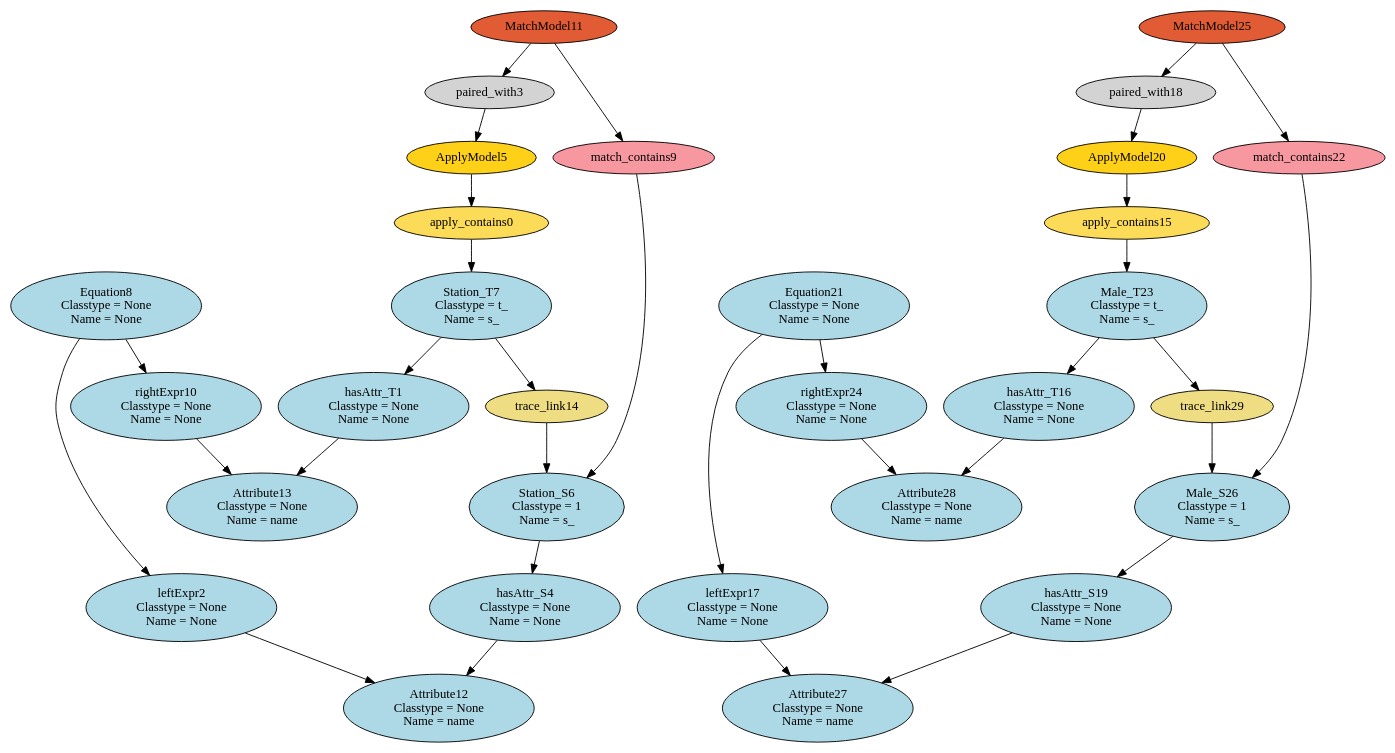
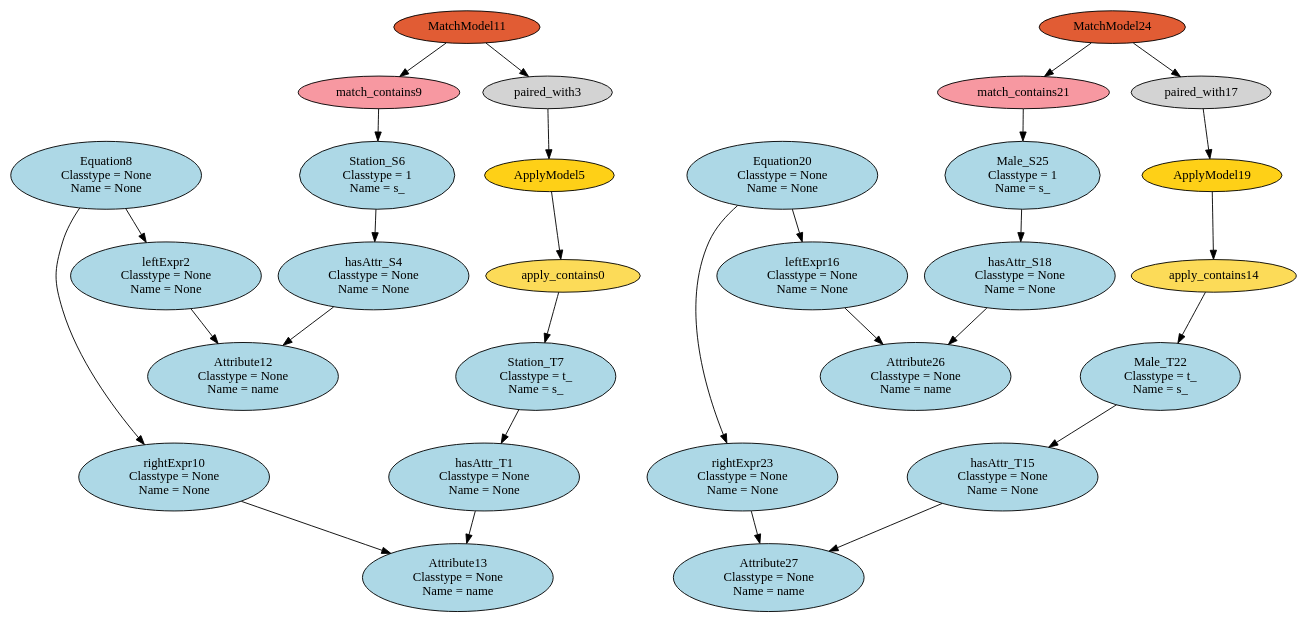
The diagram in dot/HEmptyPathCondition_HS2S_HM2M.dot (levilucio/SyVOLT), drawn with Graphviz before and after one commit. The commit also changed 146 other files, not shown here.

```diff
--- a/dot/HEmptyPathCondition_HS2S_HM2M.dot
+++ b/dot/HEmptyPathCondition_HS2S_HM2M.dot
@@ -1,64 +1,58 @@
 digraph HEmptyPathCondition_HS2S_HM2M {
 apply_contains0 [style=filled, fillcolor="#FCDB58"];
 "hasAttr_T1\n Classtype = None\n Name = None" [style=filled, fillcolor=lightblue];
 "leftExpr2\n Classtype = None\n Name = None" [style=filled, fillcolor=lightblue];
 paired_with3 [style=filled, fillcolor=lightgray];
 "hasAttr_S4\n Classtype = None\n Name = None" [style=filled, fillcolor=lightblue];
 ApplyModel5 [style=filled, fillcolor="#FED017"];
 "Station_S6\n Classtype = 1\n Name = s_" [style=filled, fillcolor=lightblue];
 "Station_T7\n Classtype = t_\n Name = s_" [style=filled, fillcolor=lightblue];
 "Equation8\n Classtype = None\n Name = None" [style=filled, fillcolor=lightblue];
 match_contains9 [style=filled, fillcolor="#F798A1"];
 "rightExpr10\n Classtype = None\n Name = None" [style=filled, fillcolor=lightblue];
 MatchModel11 [style=filled, fillcolor="#E15C34"];
 "Attribute12\n Classtype = None\n Name = name" [style=filled, fillcolor=lightblue];
 "Attribute13\n Classtype = None\n Name = name" [style=filled, fillcolor=lightblue];
-trace_link14 [style=filled, fillcolor=lightgoldenrod];
-apply_contains15 [style=filled, fillcolor="#FCDB58"];
-"hasAttr_T16\n Classtype = None\n Name = None" [style=filled, fillcolor=lightblue];
-"leftExpr17\n Classtype = None\n Name = None" [style=filled, fillcolor=lightblue];
-paired_with18 [style=filled, fillcolor=lightgray];
-"hasAttr_S19\n Classtype = None\n Name = None" [style=filled, fillcolor=lightblue];
-ApplyModel20 [style=filled, fillcolor="#FED017"];
-"Equation21\n Classtype = None\n Name = None" [style=filled, fillcolor=lightblue];
-match_contains22 [style=filled, fillcolor="#F798A1"];
-"Male_T23\n Classtype = t_\n Name = s_" [style=filled, fillcolor=lightblue];
-"rightExpr24\n Classtype = None\n Name = None" [style=filled, fillcolor=lightblue];
-MatchModel25 [style=filled, fillcolor="#E15C34"];
-"Male_S26\n Classtype = 1\n Name = s_" [style=filled, fillcolor=lightblue];
+apply_contains14 [style=filled, fillcolor="#FCDB58"];
+"hasAttr_T15\n Classtype = None\n Name = None" [style=filled, fillcolor=lightblue];
+"leftExpr16\n Classtype = None\n Name = None" [style=filled, fillcolor=lightblue];
+paired_with17 [style=filled, fillcolor=lightgray];
+"hasAttr_S18\n Classtype = None\n Name = None" [style=filled, fillcolor=lightblue];
+ApplyModel19 [style=filled, fillcolor="#FED017"];
+"Equation20\n Classtype = None\n Name = None" [style=filled, fillcolor=lightblue];
+match_contains21 [style=filled, fillcolor="#F798A1"];
+"Male_T22\n Classtype = t_\n Name = s_" [style=filled, fillcolor=lightblue];
+"rightExpr23\n Classtype = None\n Name = None" [style=filled, fillcolor=lightblue];
+MatchModel24 [style=filled, fillcolor="#E15C34"];
+"Male_S25\n Classtype = 1\n Name = s_" [style=filled, fillcolor=lightblue];
+"Attribute26\n Classtype = None\n Name = name" [style=filled, fillcolor=lightblue];
 "Attribute27\n Classtype = None\n Name = name" [style=filled, fillcolor=lightblue];
-"Attribute28\n Classtype = None\n Name = name" [style=filled, fillcolor=lightblue];
-trace_link29 [style=filled, fillcolor=lightgoldenrod];
 ApplyModel5 -> apply_contains0;
 apply_contains0 -> "Station_T7\n Classtype = t_\n Name = s_";
 "Station_T7\n Classtype = t_\n Name = s_" -> "hasAttr_T1\n Classtype = None\n Name = None";
 "hasAttr_T1\n Classtype = None\n Name = None" -> "Attribute13\n Classtype = None\n Name = name";
 "Equation8\n Classtype = None\n Name = None" -> "leftExpr2\n Classtype = None\n Name = None";
 "leftExpr2\n Classtype = None\n Name = None" -> "Attribute12\n Classtype = None\n Name = name";
 MatchModel11 -> paired_with3;
 paired_with3 -> ApplyModel5;
 "Station_S6\n Classtype = 1\n Name = s_" -> "hasAttr_S4\n Classtype = None\n Name = None";
 "hasAttr_S4\n Classtype = None\n Name = None" -> "Attribute12\n Classtype = None\n Name = name";
 match_contains9 -> "Station_S6\n Classtype = 1\n Name = s_";
 "Equation8\n Classtype = None\n Name = None" -> "rightExpr10\n Classtype = None\n Name = None";
 MatchModel11 -> match_contains9;
 "rightExpr10\n Classtype = None\n Name = None" -> "Attribute13\n Classtype = None\n Name = name";
-trace_link14 -> "Station_S6\n Classtype = 1\n Name = s_";
-"Station_T7\n Classtype = t_\n Name = s_" -> trace_link14;
-ApplyModel20 -> apply_contains15;
-apply_contains15 -> "Male_T23\n Classtype = t_\n Name = s_";
-"Male_T23\n Classtype = t_\n Name = s_" -> "hasAttr_T16\n Classtype = None\n Name = None";
-"hasAttr_T16\n Classtype = None\n Name = None" -> "Attribute28\n Classtype = None\n Name = name";
-"Equation21\n Classtype = None\n Name = None" -> "leftExpr17\n Classtype = None\n Name = None";
-"leftExpr17\n Classtype = None\n Name = None" -> "Attribute27\n Classtype = None\n Name = name";
-MatchModel25 -> paired_with18;
-paired_with18 -> ApplyModel20;
-"Male_S26\n Classtype = 1\n Name = s_" -> "hasAttr_S19\n Classtype = None\n Name = None";
-"hasAttr_S19\n Classtype = None\n Name = None" -> "Attribute27\n Classtype = None\n Name = name";
-"Equation21\n Classtype = None\n Name = None" -> "rightExpr24\n Classtype = None\n Name = None";
-MatchModel25 -> match_contains22;
-match_contains22 -> "Male_S26\n Classtype = 1\n Name = s_";
-"rightExpr24\n Classtype = None\n Name = None" -> "Attribute28\n Classtype = None\n Name = name";
-trace_link29 -> "Male_S26\n Classtype = 1\n Name = s_";
-"Male_T23\n Classtype = t_\n Name = s_" -> trace_link29;
+ApplyModel19 -> apply_contains14;
+apply_contains14 -> "Male_T22\n Classtype = t_\n Name = s_";
+"Male_T22\n Classtype = t_\n Name = s_" -> "hasAttr_T15\n Classtype = None\n Name = None";
+"hasAttr_T15\n Classtype = None\n Name = None" -> "Attribute27\n Classtype = None\n Name = name";
+"Equation20\n Classtype = None\n Name = None" -> "leftExpr16\n Classtype = None\n Name = None";
+"leftExpr16\n Classtype = None\n Name = None" -> "Attribute26\n Classtype = None\n Name = name";
+MatchModel24 -> paired_with17;
+paired_with17 -> ApplyModel19;
+"Male_S25\n Classtype = 1\n Name = s_" -> "hasAttr_S18\n Classtype = None\n Name = None";
+"hasAttr_S18\n Classtype = None\n Name = None" -> "Attribute26\n Classtype = None\n Name = name";
+"Equation20\n Classtype = None\n Name = None" -> "rightExpr23\n Classtype = None\n Name = None";
+MatchModel24 -> match_contains21;
+match_contains21 -> "Male_S25\n Classtype = 1\n Name = s_";
+"rightExpr23\n Classtype = None\n Name = None" -> "Attribute27\n Classtype = None\n Name = name";
 }
```
